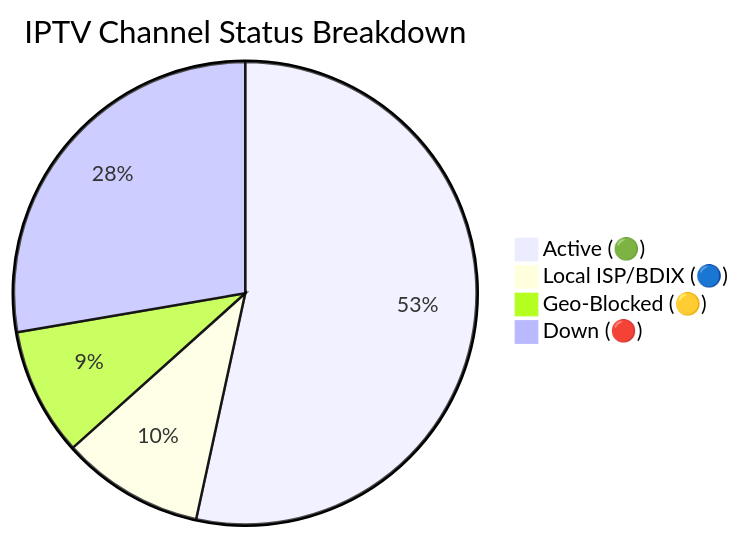
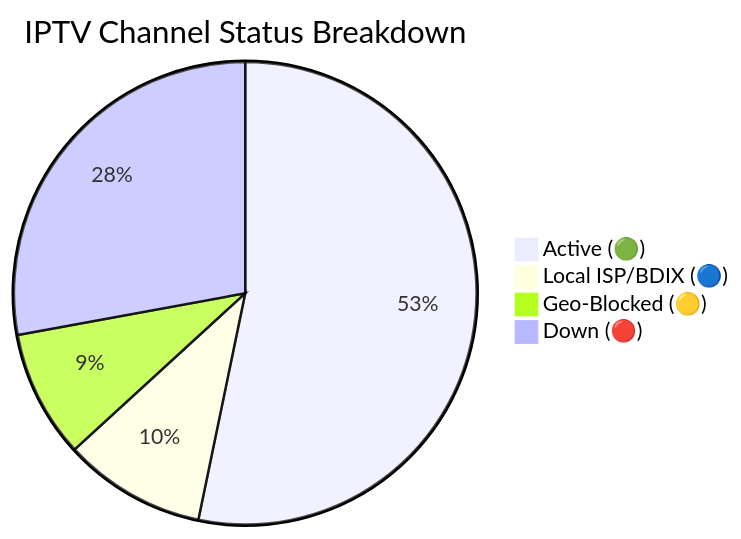
One commit to f6388600-ai/Web changed the diagram in README.md. Above: the diagram before and after it, drawn with Mermaid. The commit also changed other lines of this file and 6 other files, not shown here.

````diff
--- a/README.md
+++ b/README.md
@@ -149,7 +149,7 @@
 ```mermaid
 pie title IPTV Channel Status Breakdown
-    "Active (🟢)" : 9209
-    "Local ISP/BDIX (🔵)" : 1718
-    "Geo-Blocked (🟡)" : 1539
-    "Down (🔴)" : 4777
+    "Active (🟢)" : 9183
+    "Local ISP/BDIX (🔵)" : 1716
+    "Geo-Blocked (🟡)" : 1536
+    "Down (🔴)" : 4810
 ```
````
